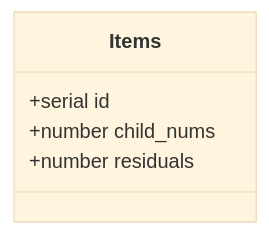
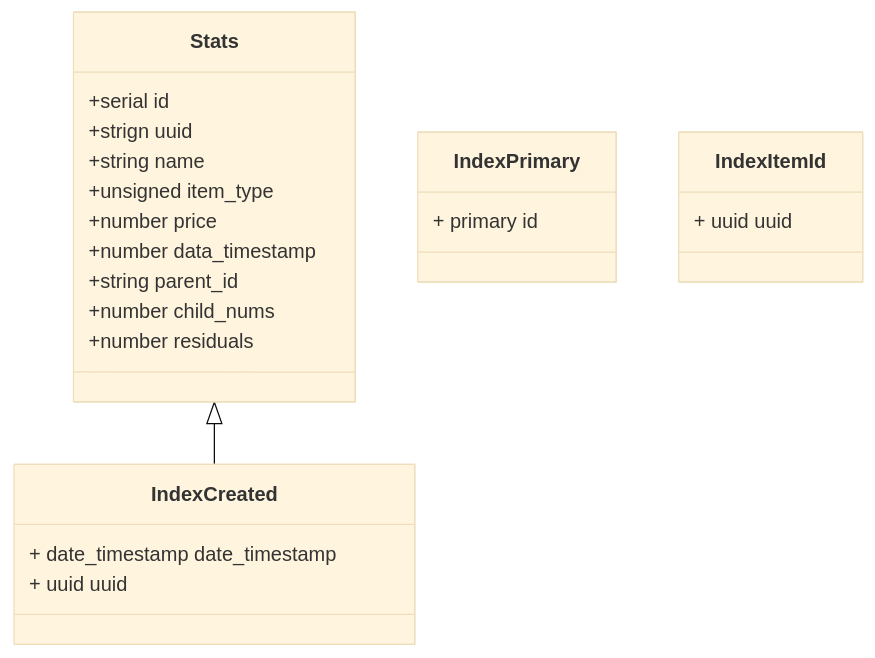
Before and after one commit to MBHuman/YandeBackendTask: the second of 2 diagrams in database/README.md, drawn with Mermaid (base theme). The commit also changed other lines of this file and 3 other files, not shown here.

````diff
--- a/database/README.md
+++ b/database/README.md
@@ -44,9 +48,28 @@
 ```mermaid
 classDiagram
-    class Items
-    Items : +serial id
-    Items : +number child_nums
-    Items : +number residuals
+    class Stats
+    Stats <|-- IndexCreated
 
+    Stats : +serial id
+    Stats : +strign uuid
+    Stats : +string name
+    Stats : +unsigned item_type
+    Stats : +number price
+    Stats : +number data_timestamp
+    Stats : +string parent_id
+    Stats : +number child_nums
+    Stats : +number residuals
+    
+    class IndexPrimary {
+        + primary id
+    }
 
+    class IndexCreated{
+        + date_timestamp date_timestamp
+        + uuid uuid
+    }
+
+    class IndexItemId{
+        + uuid uuid
+    }
 ```
````
